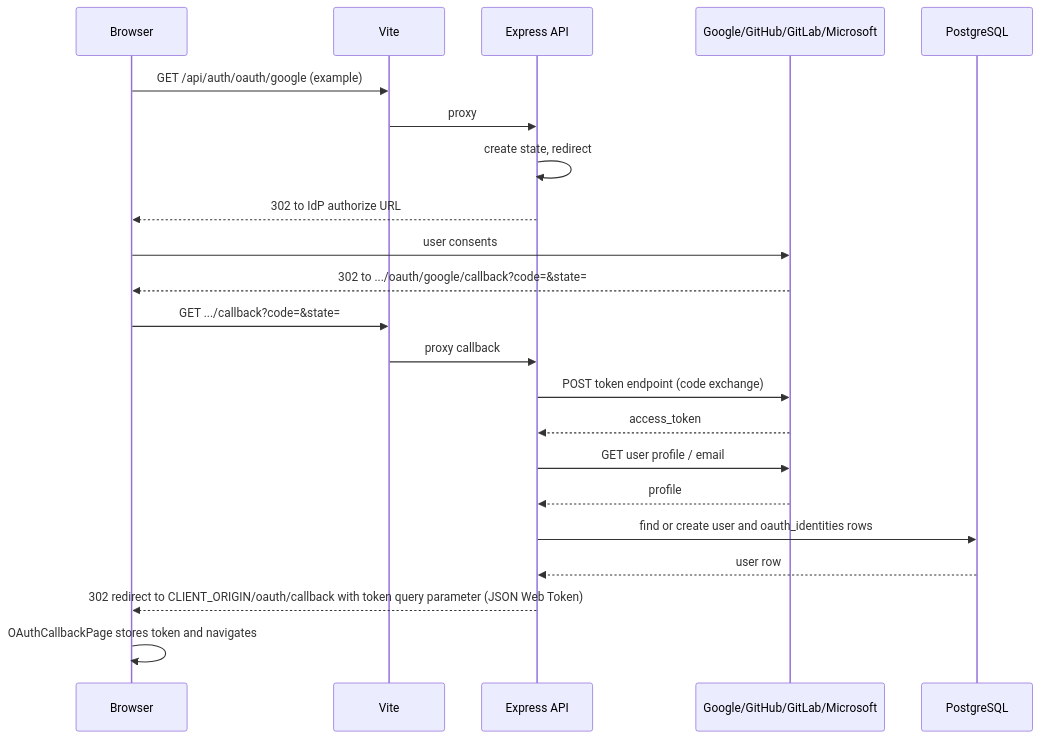
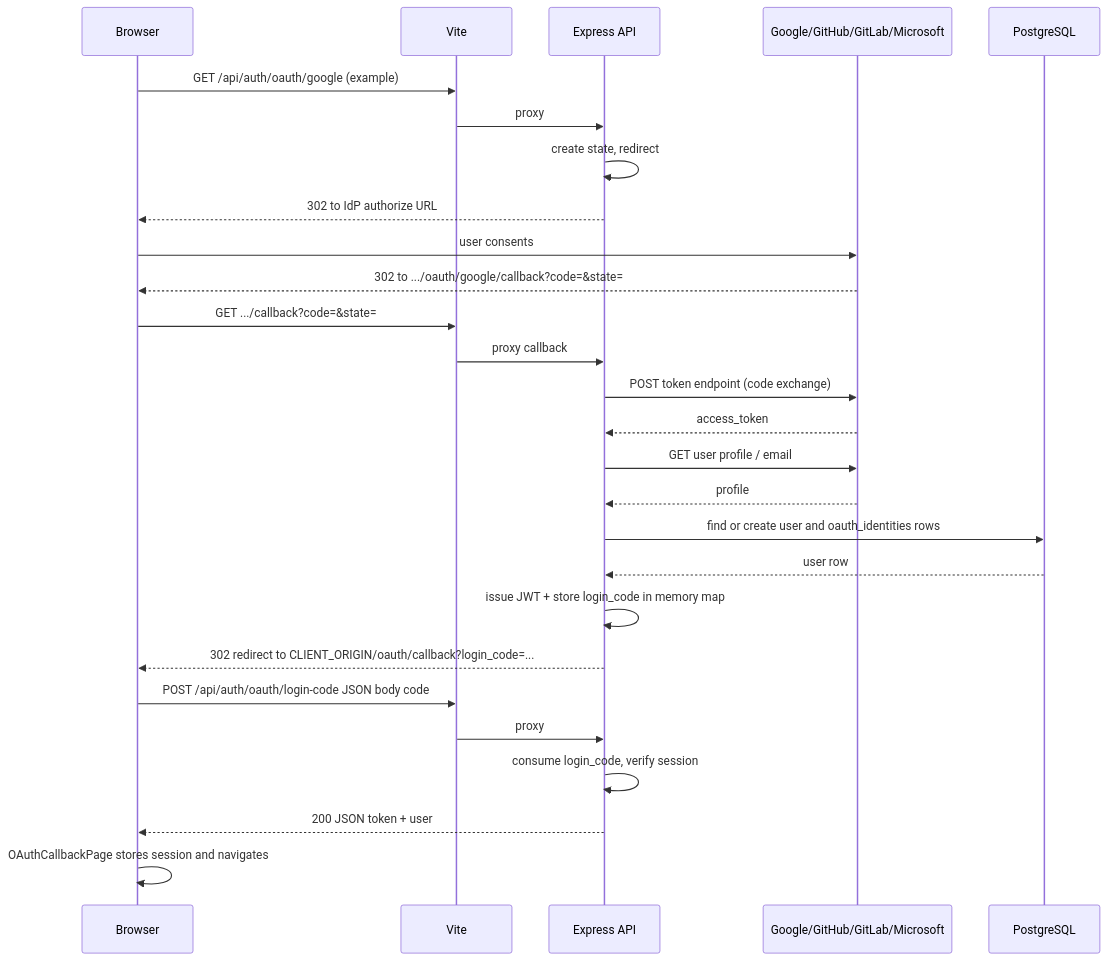
Before and after one commit to becomeonewiththecode/expense_tracker: diagram 20 of 20 in docs/ARCHITECTURE_DIAGRAM.md, drawn with Mermaid. The commit also changed other lines of this file and 34 other files, not shown here.

First line of the commit message:
feat: bank picker for Bank expenses; OAuth login_code; docs

````diff
--- a/docs/ARCHITECTURE_DIAGRAM.md
+++ b/docs/ARCHITECTURE_DIAGRAM.md
@@ -783,25 +792,30 @@
 ```mermaid
 sequenceDiagram
   participant Browser
   participant Vite
   participant API as Express API
   participant IdP as Google/GitHub/GitLab/Microsoft
   participant PG as PostgreSQL
 
   Browser->>Vite: GET /api/auth/oauth/google (example)
   Vite->>API: proxy
   API->>API: create state, redirect
   API-->>Browser: 302 to IdP authorize URL
   Browser->>IdP: user consents
   IdP-->>Browser: 302 to .../oauth/google/callback?code=&state=
   Browser->>Vite: GET .../callback?code=&state=
   Vite->>API: proxy callback
   API->>IdP: POST token endpoint (code exchange)
   IdP-->>API: access_token
   API->>IdP: GET user profile / email
   IdP-->>API: profile
   API->>PG: find or create user and oauth_identities rows
   PG-->>API: user row
-  API-->>Browser: 302 redirect to CLIENT_ORIGIN/oauth/callback with token query parameter (JSON Web Token)
-  Browser->>Browser: OAuthCallbackPage stores token and navigates
+  API->>API: issue JWT + store login_code in memory map
+  API-->>Browser: 302 redirect to CLIENT_ORIGIN/oauth/callback?login_code=...
+  Browser->>Vite: POST /api/auth/oauth/login-code JSON body code
+  Vite->>API: proxy
+  API->>API: consume login_code, verify session
+  API-->>Browser: 200 JSON token + user
+  Browser->>Browser: OAuthCallbackPage stores session and navigates
 ```
````
